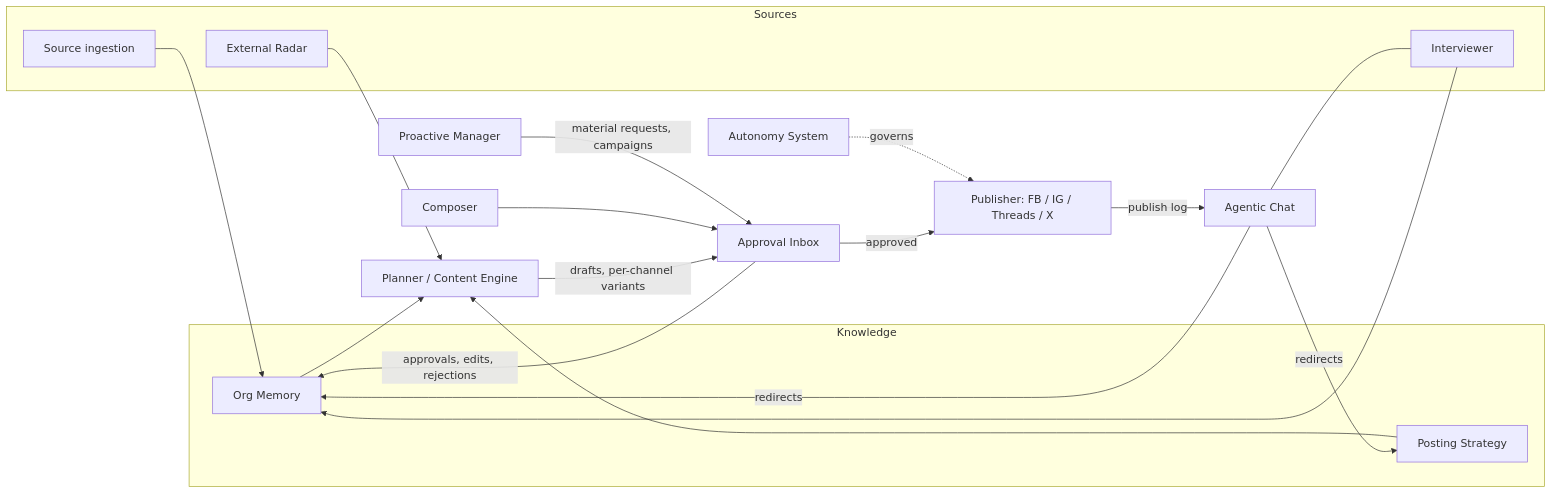
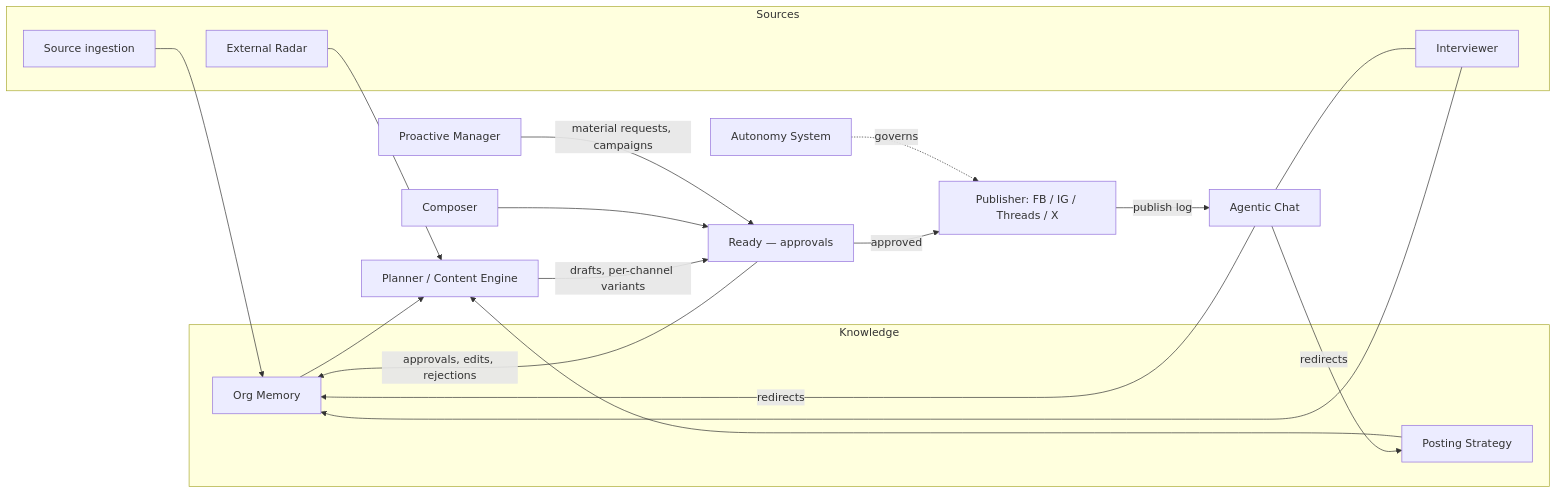
Before and after one commit to jetdream/steward: the diagram in .spec/product/overview.md, drawn with Mermaid. The commit also changed other lines of this file and 28 other files, not shown here.

````diff
--- a/.spec/product/overview.md
+++ b/.spec/product/overview.md
@@ -17,35 +17,35 @@
 ```mermaid
 graph LR
   subgraph Knowledge
     MEM[Org Memory]
     STRAT[Posting Strategy]
   end
   subgraph Sources
     INTQ[Interviewer]
     ING[Source ingestion]
     RADAR[External Radar]
   end
   CHAT[Agentic Chat]
   ENGINE[Planner / Content Engine]
-  INBOX[Approval Inbox]
+  INBOX[Ready — approvals]
   COMP[Composer]
   PUBLISH[Publisher: FB / IG / Threads / X]
   PROMGR[Proactive Manager]
   AUTO[Autonomy System]
 
   ING --> MEM
   INTQ --> MEM
   CHAT --- INTQ
   CHAT -->|redirects| MEM
   CHAT -->|redirects| STRAT
   MEM --> ENGINE
   STRAT --> ENGINE
   RADAR --> ENGINE
   ENGINE -->|drafts, per-channel variants| INBOX
   COMP --> INBOX
   INBOX -->|approved| PUBLISH
   AUTO -.governs.-> PUBLISH
   PROMGR -->|material requests, campaigns| INBOX
   INBOX -->|approvals, edits, rejections| MEM
   PUBLISH -->|publish log| CHAT
 ```
````
